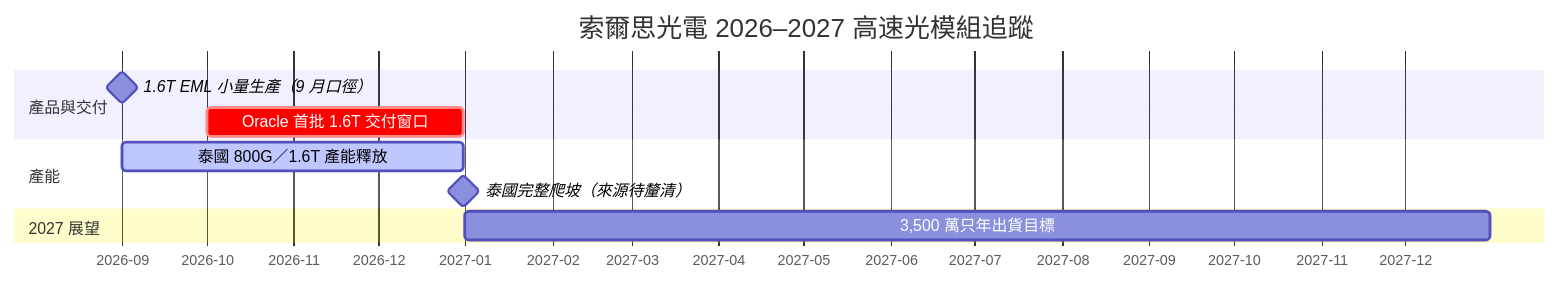
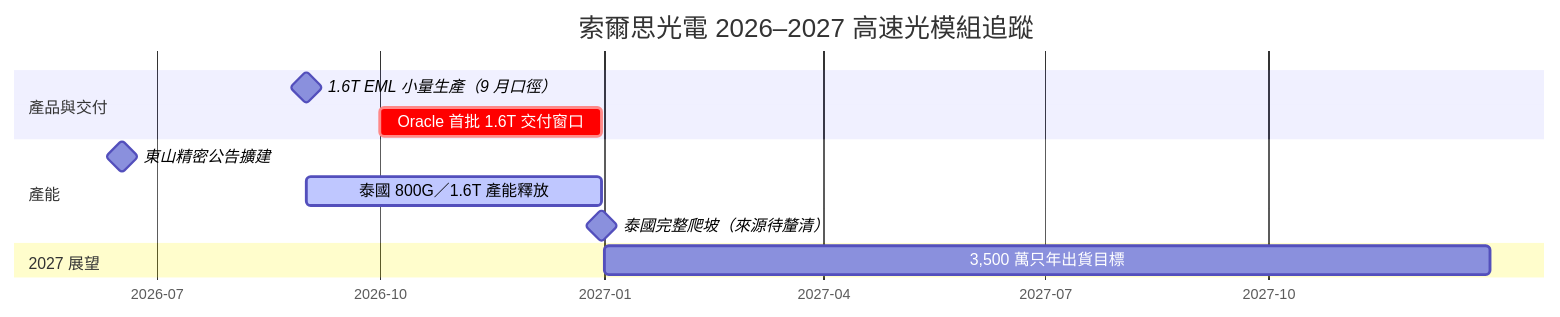
One commit to kevn950324/wiki_Stockv2 changed the diagram in content/lib/5.schedule/時程_2026-2027索爾思光電.md. Above: the diagram before and after it, drawn with Mermaid. The commit also changed other lines of this file and 124 other files, not shown here.

````diff
--- a/content/lib/5.schedule/時程_2026-2027索爾思光電.md
+++ b/content/lib/5.schedule/時程_2026-2027索爾思光電.md
@@ -26,14 +27,15 @@
 ```mermaid
 gantt
     title 索爾思光電 2026–2027 高速光模組追蹤
     dateFormat YYYY-MM-DD
     axisFormat %Y-%m
     section 產品與交付
     1.6T EML 小量生產（9 月口徑） :milestone, 2026-09-01, 0d
     Oracle 首批 1.6T 交付窗口 :crit, 2026-10-01, 2026-12-31
     section 產能
+    東山精密公告擴建 :milestone, 2026-06-17, 0d
     泰國 800G／1.6T 產能釋放 :active, 2026-09-01, 2026-12-31
     泰國完整爬坡（來源待釐清） :milestone, 2026-12-31, 0d
     section 2027 展望
     3,500 萬只年出貨目標 :2027-01-01, 2027-12-31
 ```
````
